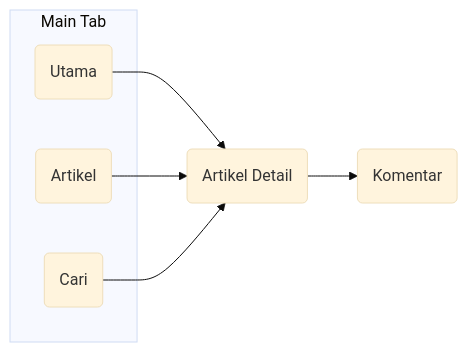
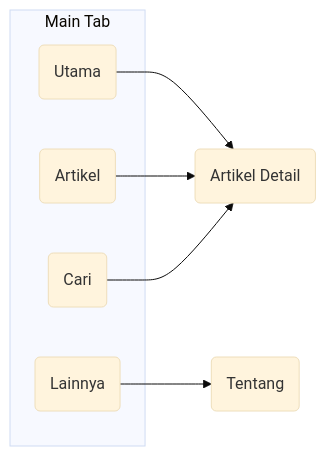
One commit to 100nandoo/Pillar changed the diagram in docs/screen.md. Above: the diagram before and after it, drawn with Mermaid (base theme).

Commit message:
Update screen docs

````diff
--- a/docs/screen.md
+++ b/docs/screen.md
@@ -2,17 +2,19 @@
 ``` mermaid
 graph LR
   subgraph Main Tab
     A
+    B
     C
-    E
+    D
   end
-  A --> D
-  C --> D
-  E --> D
+  A --> E
+  B --> E
+  C --> E
   D --> F
   A(Utama)
-  C(Artikel)
-  D(Artikel Detail)
-  E(Cari)
-  F(Komentar)
+  B(Artikel)
+  E(Artikel Detail)
+  C(Cari)
+  D(Lainnya)
+  F(Tentang)
 ```
````
